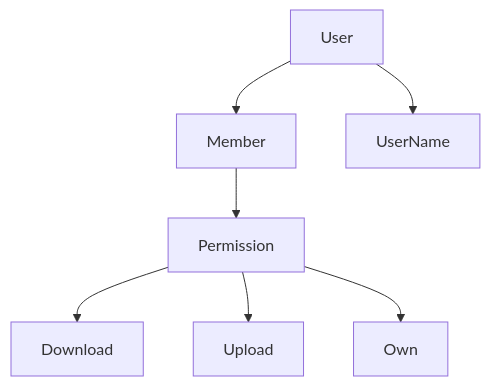
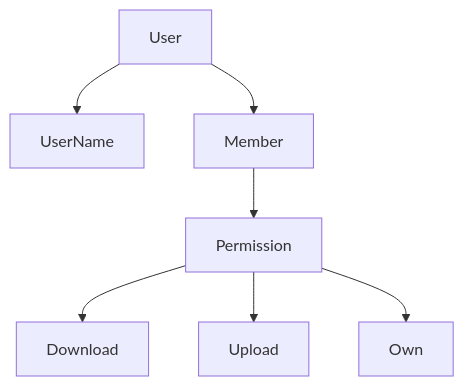
One commit to edenhoferMarco/storify changed the second of 2 diagrams in docs/domain/CONTEXT.md. Above: the diagram before and after it, drawn with Mermaid. The commit also changed other lines of this file and 1 other file, not shown here.

````diff
--- a/docs/domain/CONTEXT.md
+++ b/docs/domain/CONTEXT.md
@@ -19,10 +22,10 @@
 ```mermaid
 flowchart TB
+    User --> UserName
     User --> Member
     Member --> Permission
     Permission --> Download
     Permission --> Upload
     Permission --> Own
 
-    User --> UserName
 ```
````
